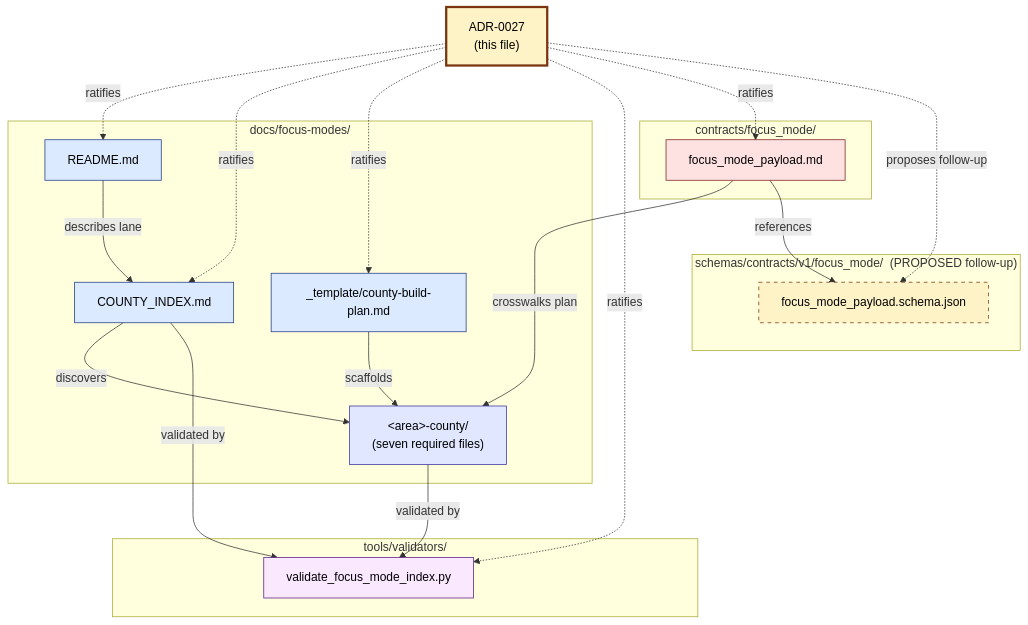
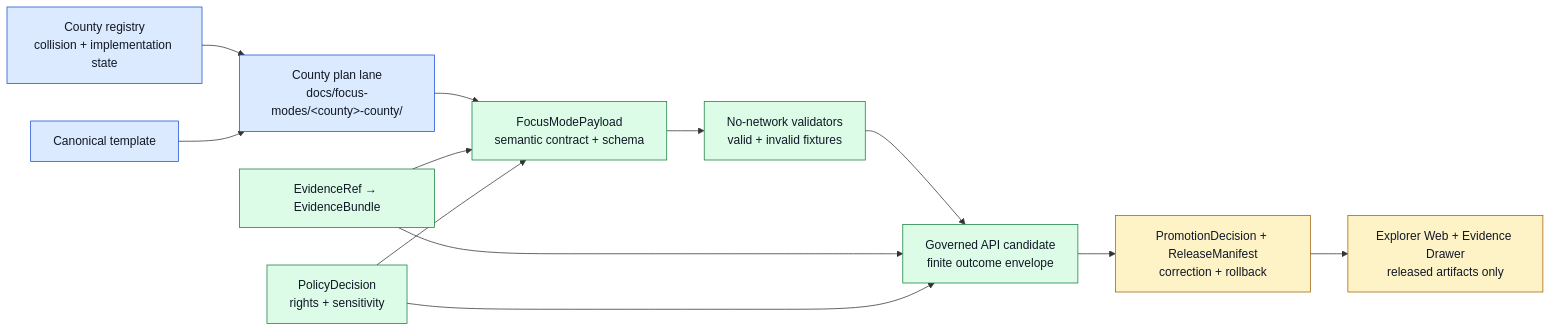
One commit to bartytime4life/Kansas-Frontier-Matrix changed the diagram in docs/adr/ADR-0027-county-focus-mode-control-plane.md. Above: the diagram before and after it, drawn with Mermaid. The commit also changed other lines of this file, not shown here.

Commit message:
Modernize ADR-0027 county Focus control plane

````diff
--- a/docs/adr/ADR-0027-county-focus-mode-control-plane.md
+++ b/docs/adr/ADR-0027-county-focus-mode-control-plane.md
@@ -149,45 +237,22 @@
 ```mermaid
-flowchart TD
-    ADR["ADR-0027<br/>(this file)"]:::adr
+flowchart LR
+    I["County registry<br/>collision + implementation state"] --> P["County plan lane<br/>docs/focus-modes/&lt;county&gt;-county/"]
+    T["Canonical template"] --> P
+    P --> C["FocusModePayload<br/>semantic contract + schema"]
+    C --> V["No-network validators<br/>valid + invalid fixtures"]
+    V --> G["Governed API candidate<br/>finite outcome envelope"]
+    G --> R["PromotionDecision + ReleaseManifest<br/>correction + rollback"]
+    R --> U["Explorer Web + Evidence Drawer<br/>released artifacts only"]
 
-    subgraph DOCS["docs/focus-modes/"]
-        README["README.md"]:::docs
-        INDEX["COUNTY_INDEX.md"]:::docs
-        TPL["_template/county-build-plan.md"]:::docs
-        LANE["&lt;area&gt;-county/<br/>(seven required files)"]:::docslane
-    end
+    E["EvidenceRef → EvidenceBundle"] --> C
+    Q["PolicyDecision<br/>rights + sensitivity"] --> C
+    E --> G
+    Q --> G
 
-    subgraph TOOLS["tools/validators/"]
-        VAL["validate_focus_mode_index.py"]:::tools
-    end
-
-    subgraph CONTRACTS["contracts/focus_mode/"]
-        CON["focus_mode_payload.md"]:::contracts
-    end
-
-    subgraph SCHEMAS["schemas/contracts/v1/focus_mode/ &nbsp;(PROPOSED follow-up)"]
-        SCH["focus_mode_payload.schema.json"]:::schemas
-    end
-
-    ADR -.ratifies.-> README
-    ADR -.ratifies.-> INDEX
-    ADR -.ratifies.-> TPL
-    ADR -.ratifies.-> VAL
-    ADR -.ratifies.-> CON
-    ADR -.proposes follow-up.-> SCH
-
-    README -- describes lane --> INDEX
-    TPL -- scaffolds --> LANE
-    INDEX -- discovers --> LANE
-    LANE -- validated by --> VAL
-    INDEX -- validated by --> VAL
-    CON -- crosswalks plan --> LANE
-    CON -- references --> SCH
-
-    classDef adr fill:#fef3c7,stroke:#78350f,stroke-width:3px,color:#000
-    classDef docs fill:#dbeafe,stroke:#1e3a8a,color:#000
-    classDef docslane fill:#e0e7ff,stroke:#3730a3,color:#000
-    classDef tools fill:#fae8ff,stroke:#581c87,color:#000
-    classDef contracts fill:#fee2e2,stroke:#7f1d1d,color:#000
-    classDef schemas fill:#fef3c7,stroke:#78350f,color:#000,stroke-dasharray: 5 5
+    classDef docs fill:#dbeafe,stroke:#1d4ed8,color:#111827
+    classDef trust fill:#dcfce7,stroke:#15803d,color:#111827
+    classDef release fill:#fef3c7,stroke:#a16207,color:#111827
+    class I,P,T docs
+    class C,V,G,E,Q trust
+    class R,U release
 ```
````
